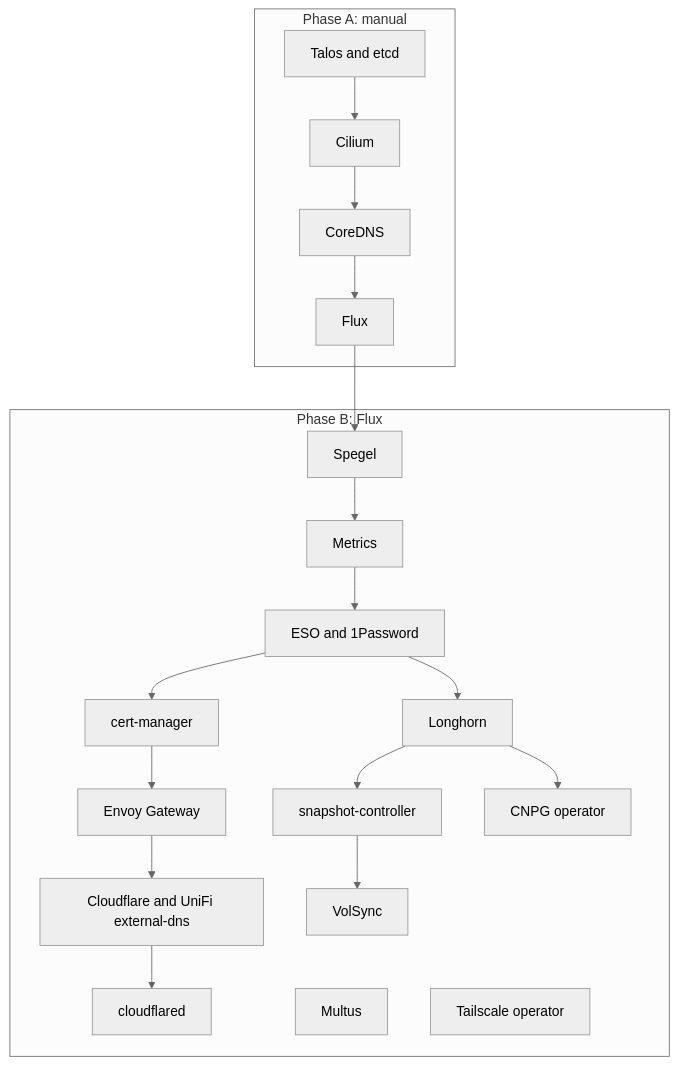
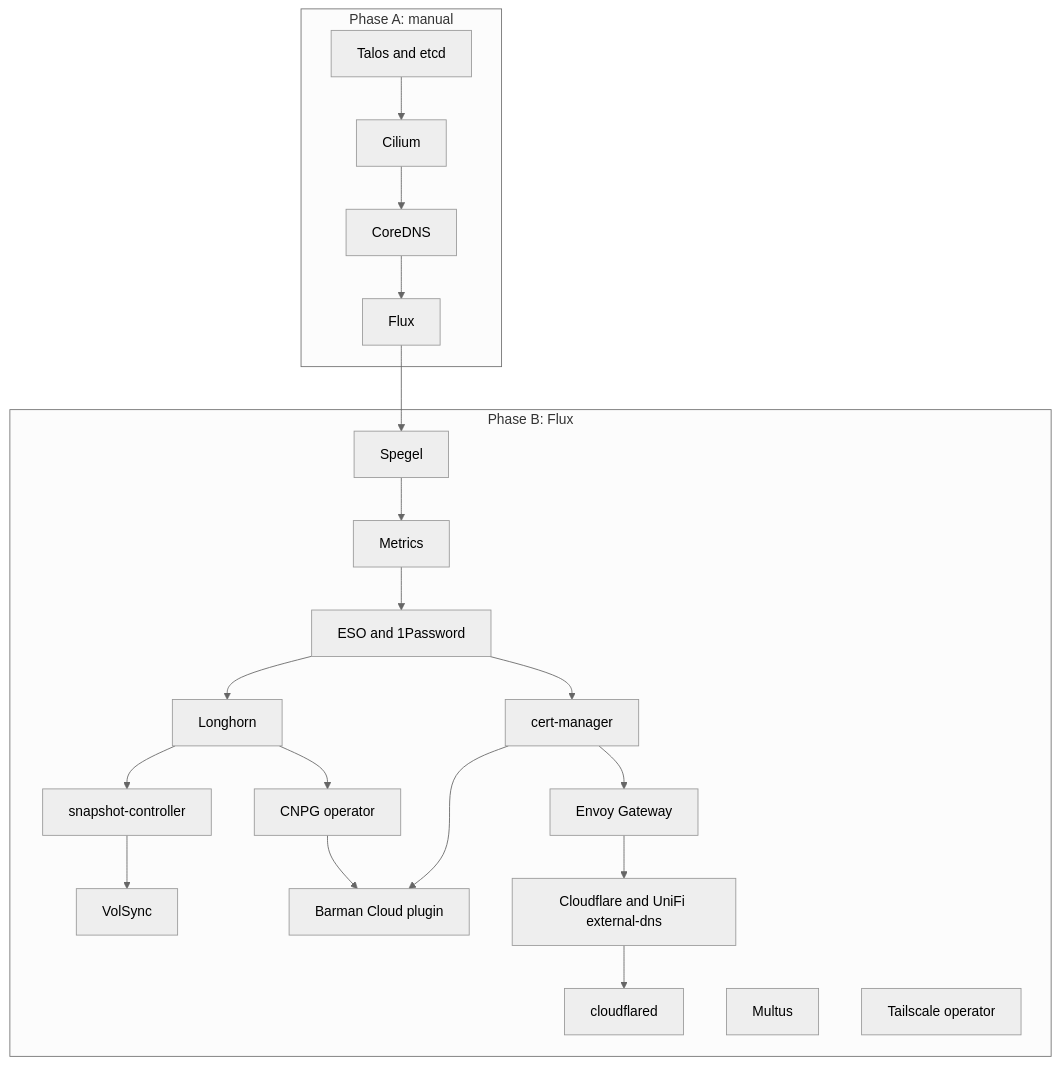
The second of 2 diagrams in plans/20260816-talos-migration.md (evanmoelter/hcc), drawn with Mermaid (neutral theme) before and after one commit. The commit also changed other lines of this file and 3 other files, not shown here.

````diff
--- a/plans/20260816-talos-migration.md
+++ b/plans/20260816-talos-migration.md
@@ -113,16 +181,17 @@
 ```mermaid
 flowchart TD
     subgraph A["Phase A: manual"]
         talos["Talos and etcd"] --> cilium["Cilium"] --> dns["CoreDNS"] --> flux["Flux"]
     end
     subgraph B["Phase B: Flux"]
         spegel["Spegel"] --> metrics["Metrics"] --> eso["ESO and 1Password"]
         eso --> cert["cert-manager"] --> envoy["Envoy Gateway"]
         eso --> longhorn["Longhorn"] --> snapshots["snapshot-controller"] --> volsync["VolSync"]
-        longhorn --> cnpg["CNPG operator"]
+        longhorn --> cnpg["CNPG operator"] --> barman["Barman Cloud plugin"]
+        cert --> barman
         envoy --> externaldns["Cloudflare and UniFi external-dns"] --> cloudflared["cloudflared"]
         multus["Multus"]
         tailscale["Tailscale operator"]
     end
     flux --> spegel
 ```
````
